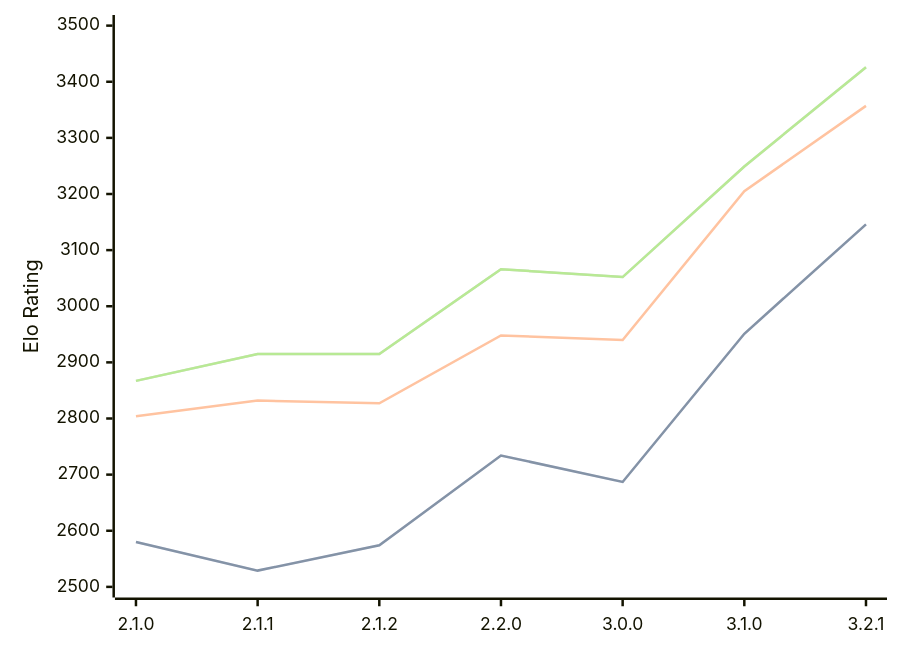
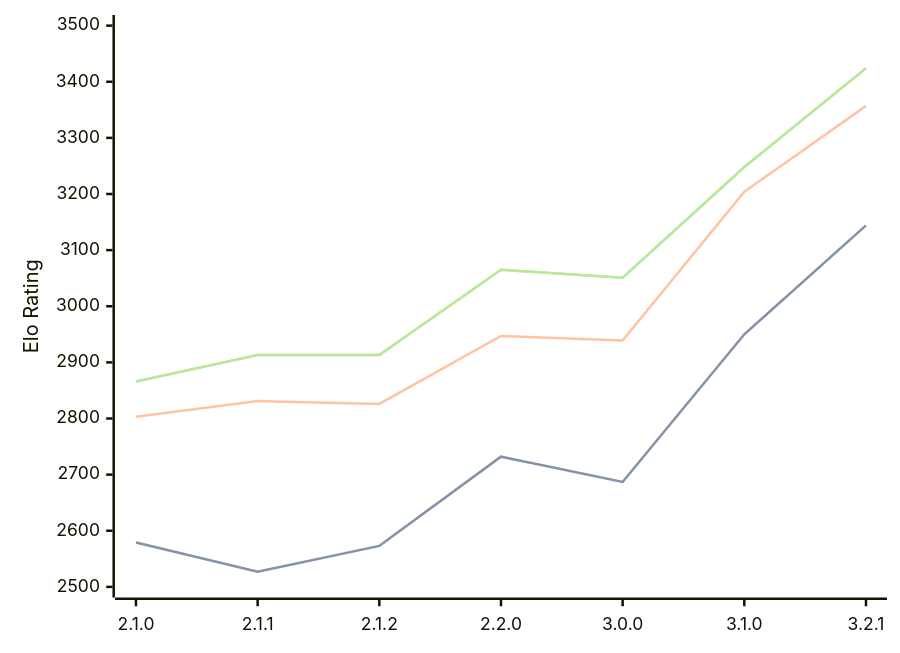
The diagram in engines/Prune.md (computer-chess-index/cci), drawn with Mermaid before and after one commit. The commit also changed other lines of this file, not shown here.

Commit message:
Update CCI Ratings (ELO VLTC) - 2026-03-08

````diff
--- a/engines/Prune.md
+++ b/engines/Prune.md
@@ -40,11 +40,11 @@
 ```mermaid
 %%{init: {"theme":"base","themeVariables":{"seriesColors:['#a3a3a3','#222221','#faa371']}}}%%
 xychart-beta
   x-axis ["2.1.0", "2.1.1", "2.1.2", "2.2.0", "3.0.0", "3.1.0", "3.2.1"]
   y-axis "Elo Rating" 2500 --> 3500
-  line "STC (8.0+0.08s)" [2580, 2529, 2574, 2734, 2687, 2951, 3146]
-  line "STC (8.0+0.08s)" [2580, 2529, 2574, 2734, 2687, 2951, 3146]
-  line "LTC (60.0+0.60s)" [2804, 2832, 2827, 2948, 2940, 3205, 3357]
-  line "VLTC (2m24s+1.12s)" [2867, 2915, 2915, 3066, 3052, 3249, 3426]
-  line "VLTC (2m24s+1.12s)" [2867, 2915, 2915, 3066, 3052, 3249, 3426]
+  line "STC (8.0+0.08s)" [2579, 2527, 2573, 2732, 2687, 2950, 3144]
+  line "STC (8.0+0.08s)" [2579, 2527, 2573, 2732, 2687, 2950, 3144]
+  line "LTC (60.0+0.60s)" [2803, 2831, 2826, 2947, 2939, 3204, 3357]
+  line "VLTC (2m24s+1.12s)" [2866, 2913, 2913, 3065, 3051, 3248, 3424]
+  line "VLTC (2m24s+1.12s)" [2866, 2913, 2913, 3065, 3051, 3248, 3424]
 ```
````
